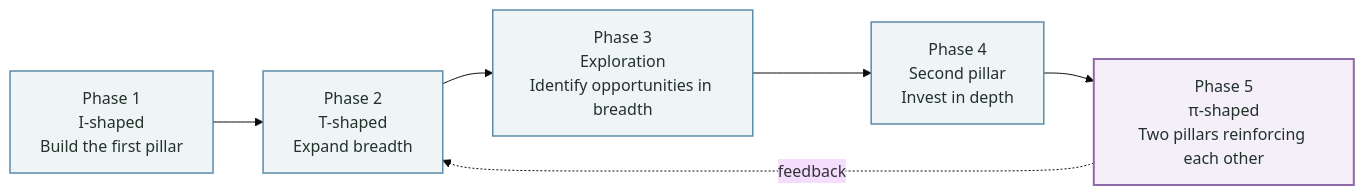
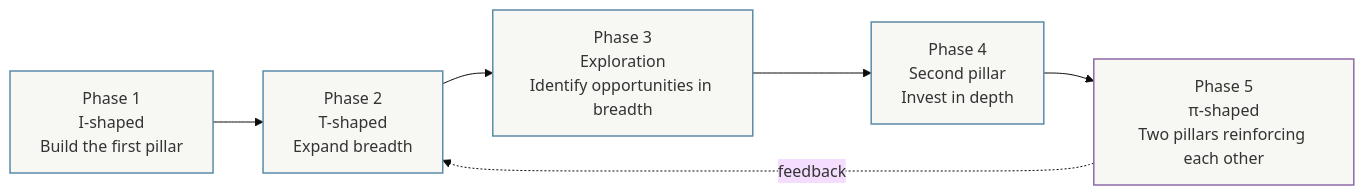
One commit to Fatejian/frontier-vault changed the third of 3 diagrams in docs/en/career/capability-model.md. Above: the diagram before and after it, drawn with Mermaid (base theme). The commit also changed other lines of this file and 65 other files, not shown here.

First line of the commit message:
fix(theme): unify mermaid chart palette and remove solid core fills

````diff
--- a/docs/en/career/capability-model.md
+++ b/docs/en/career/capability-model.md
@@ -379,17 +379,17 @@
 ```mermaid
 flowchart LR
     P1["Phase 1<br/>I-shaped<br/>Build the first pillar"]
     P2["Phase 2<br/>T-shaped<br/>Expand breadth"]
     P3["Phase 3<br/>Exploration<br/>Identify opportunities in breadth"]
     P4["Phase 4<br/>Second pillar<br/>Invest in depth"]
     P5["Phase 5<br/>π-shaped<br/>Two pillars reinforcing each other"]
 
     P1 --> P2 --> P3 --> P4 --> P5
     P5 -. feedback .-> P2
 
-    classDef wait fill:#EFF5F7,stroke:#5B8CA8,color:#22322B,stroke-width:1.5px;
-    classDef metric fill:#F4EFF8,stroke:#8E6BA8,color:#22322B,stroke-width:2px;
+    classDef wait fill:#F7F7F3,stroke:#5B8CA8,stroke-width:1.5px;
+    classDef metric fill:#F7F7F3,stroke:#8E6BA8,stroke-width:1.5px;
 
     class P1,P2,P3,P4 wait;
     class P5 metric;
 ```
````
